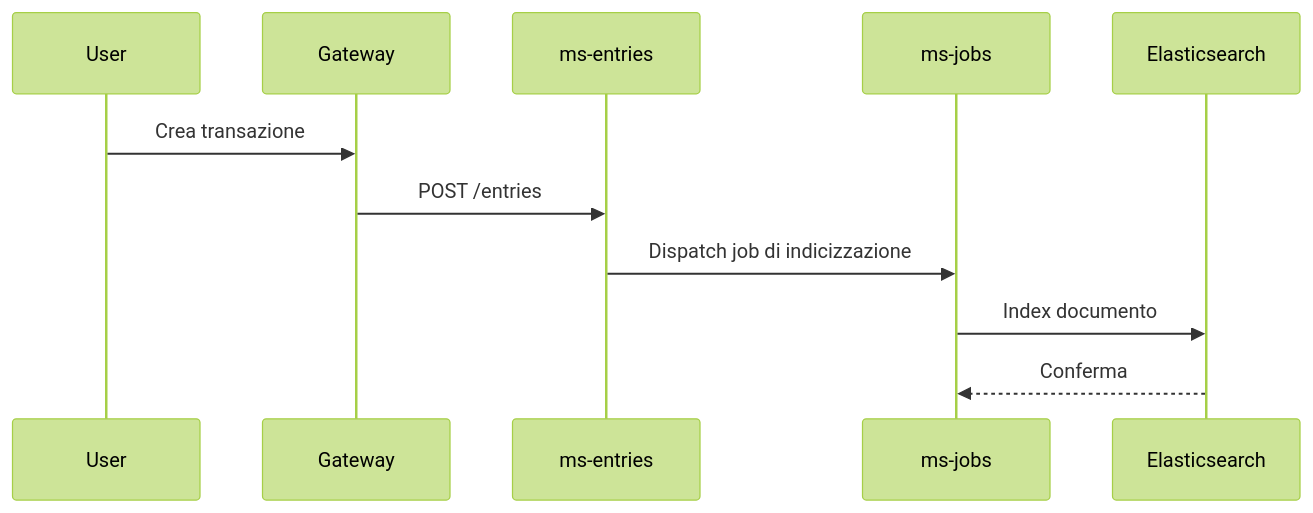
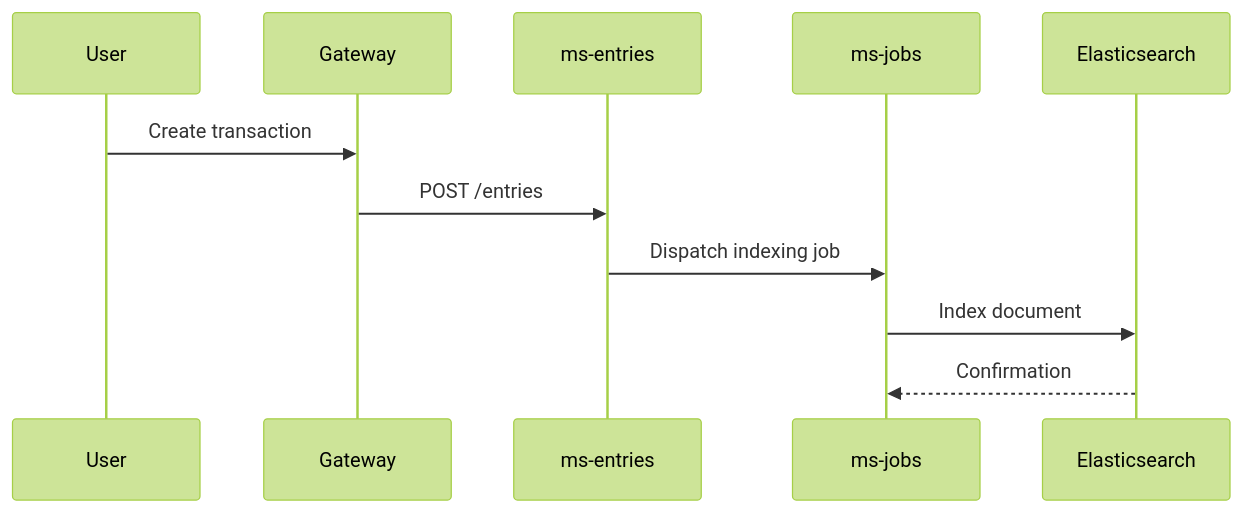
Before and after one commit to BudgetControl/Documentation: the second of 2 diagrams in docs/Infrastructure/Elasticsearch.md, drawn with Mermaid (forest theme). The commit also changed other lines of this file and 3 other files, not shown here.

````diff
--- a/docs/Infrastructure/Elasticsearch.md
+++ b/docs/Infrastructure/Elasticsearch.md
@@ -43,14 +43,14 @@
 ```mermaid
 sequenceDiagram
     participant User
     participant Gateway
     participant EntriesMS as ms-entries
     participant JobsMS as ms-jobs
     participant ES as Elasticsearch
 
-    User->>Gateway: Crea transazione
+    User->>Gateway: Create transaction
     Gateway->>EntriesMS: POST /entries
-    EntriesMS->>JobsMS: Dispatch job di indicizzazione
-    JobsMS->>ES: Index documento
-    ES-->>JobsMS: Conferma
+    EntriesMS->>JobsMS: Dispatch indexing job
+    JobsMS->>ES: Index document
+    ES-->>JobsMS: Confirmation
 ```
````
